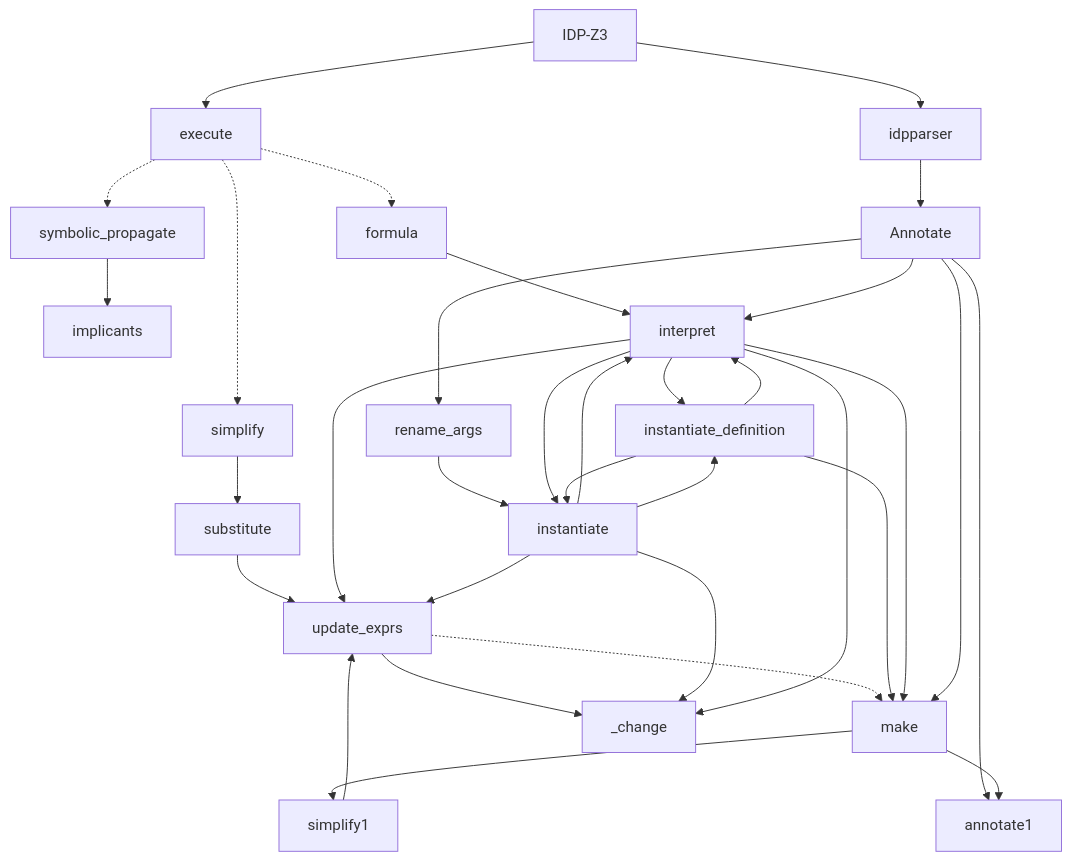
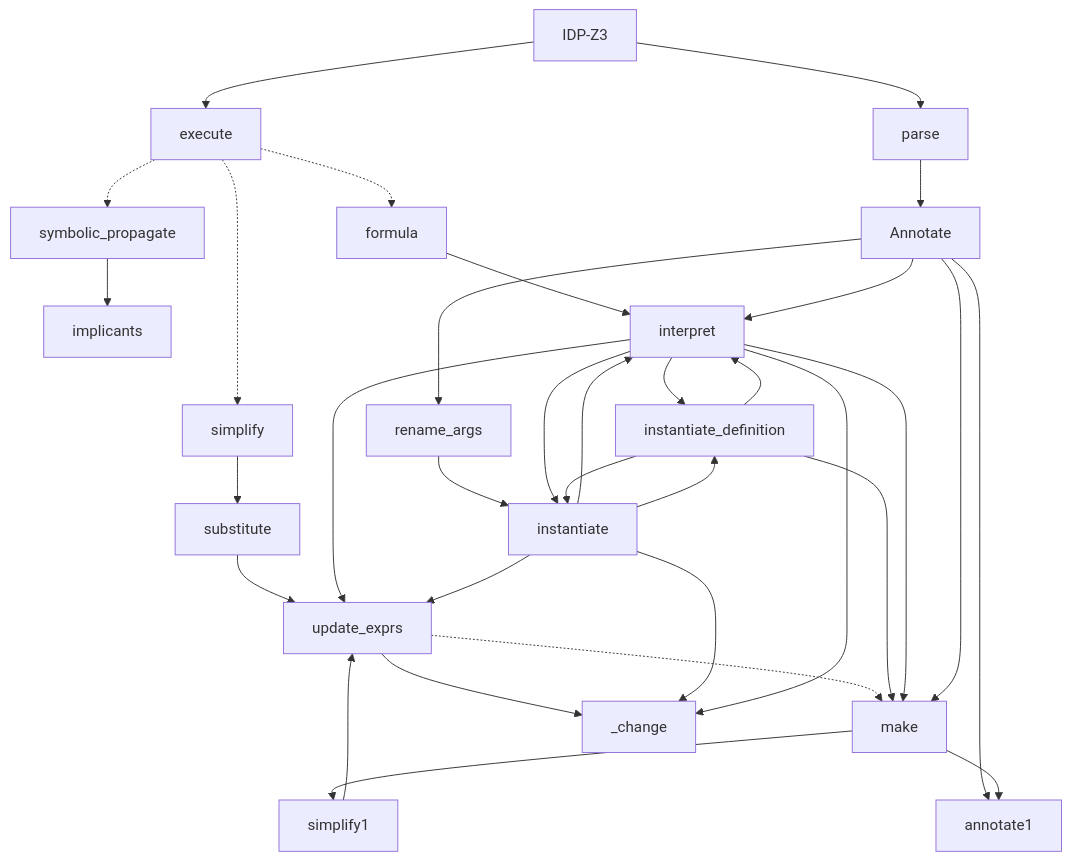
The diagram in docs/zettlr/Call graph.md (Sobhangh/IDP-Z3), drawn with Mermaid before and after one commit. The commit also changed 10 other files, not shown here.

Commit message:
refactor: use IDP.parse everywhere

````diff
--- a/docs/zettlr/Call graph.md
+++ b/docs/zettlr/Call graph.md
@@ -5,42 +5,42 @@
 ```mermaid
     graph TD
-        IDP-Z3 --> idpparser
+        IDP-Z3 --> parse
         IDP-Z3 --> execute
 
         execute -.-> symbolic_propagate;
         symbolic_propagate --> implicants;
         execute -.-> simplify;
         simplify --> substitute;
         substitute --> update_exprs;
         execute -.-> formula
         formula --> interpret
 
-        idpparser --> Annotate
+        parse --> Annotate
         Annotate --> interpret;
         Annotate --> rename_args;
 
         rename_args --> instantiate;
         interpret --> instantiate_definition;
         instantiate_definition --> interpret;
         interpret --> instantiate;
         instantiate --> interpret;
         instantiate --> instantiate_definition;
         instantiate_definition --> instantiate;
         interpret --> update_exprs;
 
         update_exprs -.-> make;
         instantiate_definition --> make;
         update_exprs --> _change;
         interpret --> make;
         simplify1 --> update_exprs;
         make --> simplify1;
         Annotate --> annotate1;
         make --> annotate1;
 
         instantiate --> _change;
         interpret --> _change;
 
         Annotate --> make;
         instantiate --> update_exprs;
 
 ```
````
